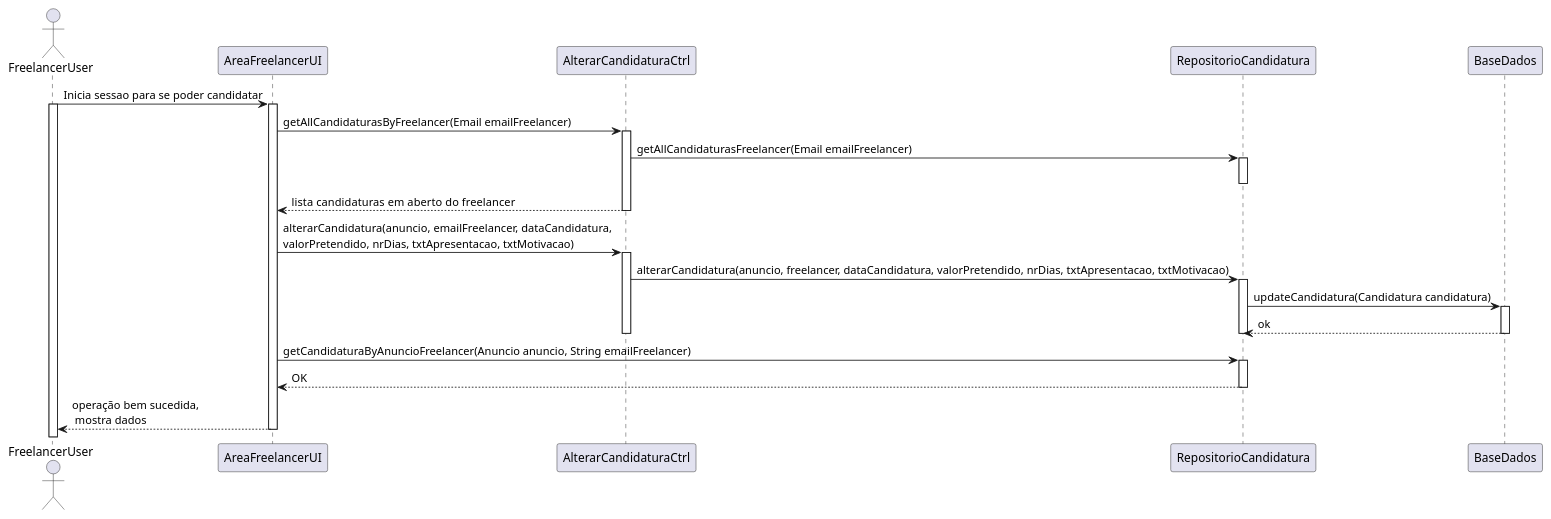
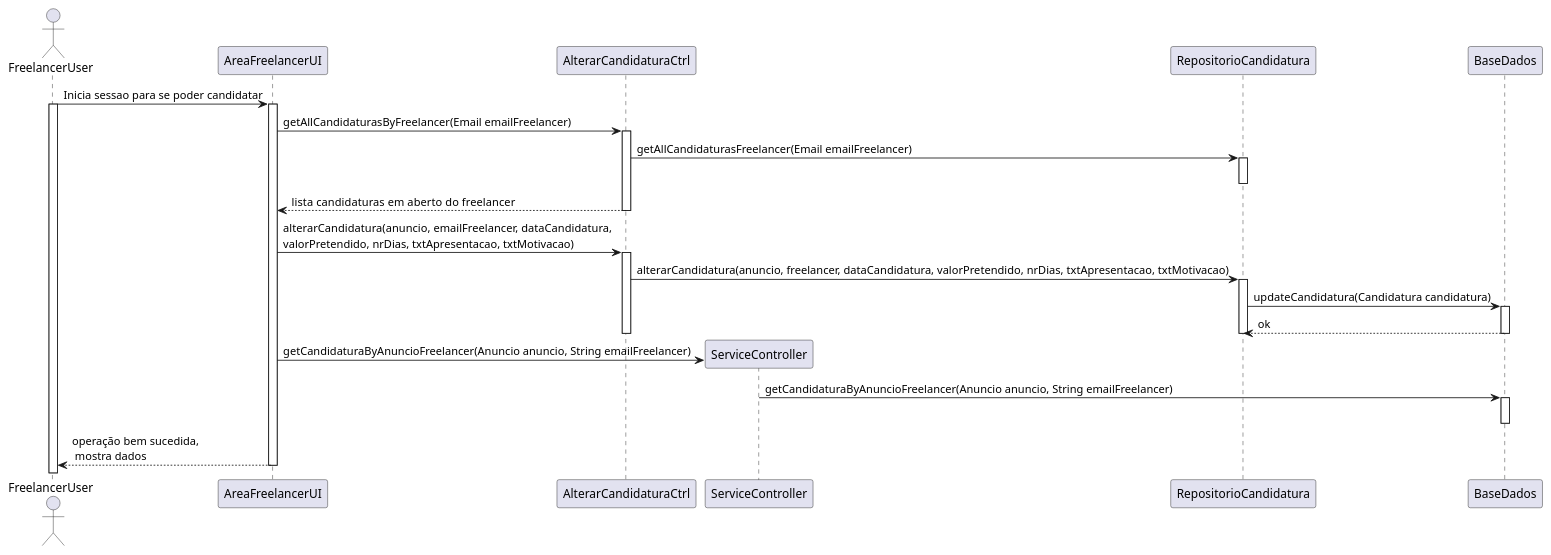
One commit to pedro-miguez/upskill_java1_labprg_grupo3 changed the diagram in Análise/UC11_Modificar_Candidatura/UC11_SD/UC11_SD.plantuml. Above: the diagram before and after it, drawn with PlantUML. The commit also changed 2 other files, not shown here.

Commit message:
updates diagramas

```diff
--- a/Análise/UC11_Modificar_Candidatura/UC11_SD/UC11_SD.plantuml
+++ b/Análise/UC11_Modificar_Candidatura/UC11_SD/UC11_SD.plantuml
@@ -1,36 +1,41 @@
 @startuml 
 actor FreelancerUser as FreelancerUser
+participant AreaFreelancerUI
+participant AlterarCandidaturaCtrl
+
+participant ServiceController as sc
+
 FreelancerUser -> AreaFreelancerUI : Inicia sessao para se poder candidatar
 activate FreelancerUser
 activate AreaFreelancerUI
 AreaFreelancerUI -> AlterarCandidaturaCtrl : getAllCandidaturasByFreelancer(Email emailFreelancer)
 activate AlterarCandidaturaCtrl
 
 
 AlterarCandidaturaCtrl -> RepositorioCandidatura : getAllCandidaturasFreelancer(Email emailFreelancer)
 activate RepositorioCandidatura
 deactivate RepositorioCandidatura
 
 AlterarCandidaturaCtrl --> AreaFreelancerUI : lista candidaturas  em aberto do freelancer
 deactivate AlterarCandidaturaCtrl
 
 AreaFreelancerUI -> AlterarCandidaturaCtrl : alterarCandidatura(anuncio, emailFreelancer, dataCandidatura,\nvalorPretendido, nrDias, txtApresentacao, txtMotivacao)
 activate AlterarCandidaturaCtrl
 
 AlterarCandidaturaCtrl -> RepositorioCandidatura : alterarCandidatura(anuncio, freelancer, dataCandidatura, valorPretendido, nrDias, txtApresentacao, txtMotivacao)
 activate RepositorioCandidatura
 
 RepositorioCandidatura -> BaseDados : updateCandidatura(Candidatura candidatura)
 activate BaseDados
 RepositorioCandidatura <-- BaseDados : ok
 deactivate RepositorioCandidatura
 deactivate BaseDados
 
 deactivate AlterarCandidaturaCtrl
-AreaFreelancerUI -> RepositorioCandidatura : getCandidaturaByAnuncioFreelancer(Anuncio anuncio, String emailFreelancer)
-activate RepositorioCandidatura
-RepositorioCandidatura --> AreaFreelancerUI : OK
-deactivate RepositorioCandidatura
+AreaFreelancerUI -> sc ** : getCandidaturaByAnuncioFreelancer(Anuncio anuncio, String emailFreelancer)
+sc -> BaseDados: getCandidaturaByAnuncioFreelancer(Anuncio anuncio, String emailFreelancer)
+activate BaseDados
+deactivate BaseDados
 AreaFreelancerUI --> FreelancerUser : operação bem sucedida, \n mostra dados
 deactivate AreaFreelancerUI
 @enduml
```
